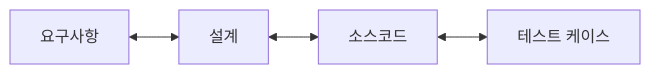
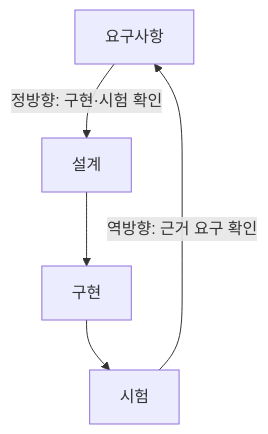
The second of 2 diagrams in src/content/docs/notes/itpe/02-software-engineering/102_requirement_traceability_matrix.md (agnusdei1207/study), drawn with Mermaid before and after one commit. The commit also changed other lines of this file and 31 other files, not shown here.

````diff
--- a/src/content/docs/notes/itpe/02-software-engineering/102_requirement_traceability_matrix.md
+++ b/src/content/docs/notes/itpe/02-software-engineering/102_requirement_traceability_matrix.md
@@ -56,4 +95,7 @@
 ```mermaid
-flowchart LR
-    R["요구사항"] <--> D["설계"] <--> S["소스코드"] <--> T["테스트 케이스"]
+flowchart TD
+    R["요구사항"] -->|정방향: 구현·시험 확인| D["설계"]
+    D --> C["구현"]
+    C --> T["시험"]
+    T -->|역방향: 근거 요구 확인| R
 ```
````
